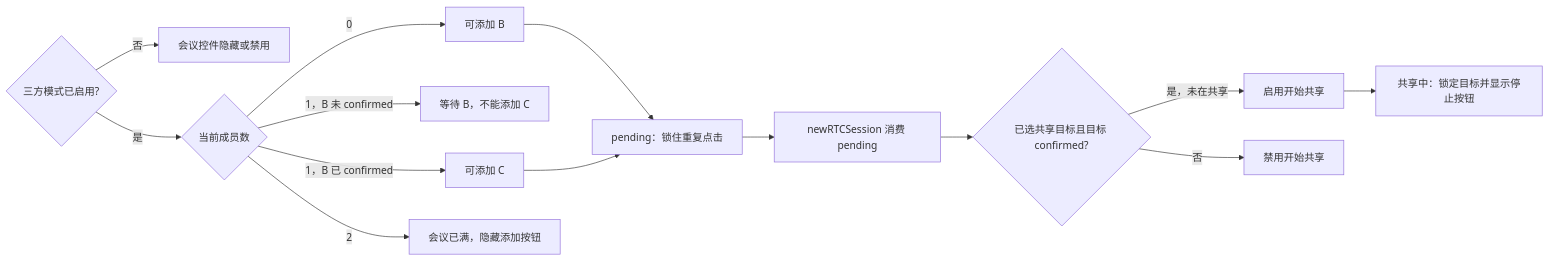
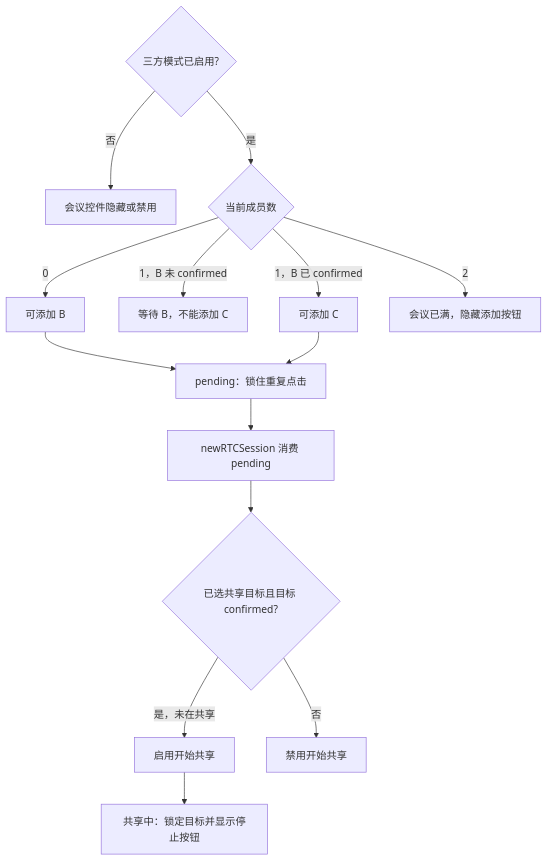
The tenth of 17 diagrams in docs/app-conference-guide.md (lei40251/JsSIP), drawn with Mermaid before and after one commit. The commit also changed other lines of this file and 1 other file, not shown here.

````diff
--- a/docs/app-conference-guide.md
+++ b/docs/app-conference-guide.md
@@ -765,18 +791,18 @@
 ```mermaid
-flowchart LR
+flowchart TB
   MODE{"三方模式已启用?"} -->|"否"| DISABLED["会议控件隐藏或禁用"]
   MODE -->|"是"| MEMBER{"当前成员数"}
   MEMBER -->|"0"| ADD_B["可添加 B"]
   MEMBER -->|"1，B 未 confirmed"| WAIT_B["等待 B，不能添加 C"]
   MEMBER -->|"1，B 已 confirmed"| ADD_C["可添加 C"]
   MEMBER -->|"2"| FULL["会议已满，隐藏添加按钮"]
 
   ADD_B --> PENDING["pending：锁住重复点击"]
   ADD_C --> PENDING
   PENDING --> SESSION["newRTCSession 消费 pending"]
 
   SESSION --> TARGET{"已选共享目标且目标 confirmed?"}
   TARGET -->|"是，未在共享"| START["启用开始共享"]
   TARGET -->|"否"| NO_START["禁用开始共享"]
   START --> ACTIVE["共享中：锁定目标并显示停止按钮"]
 ```
````
